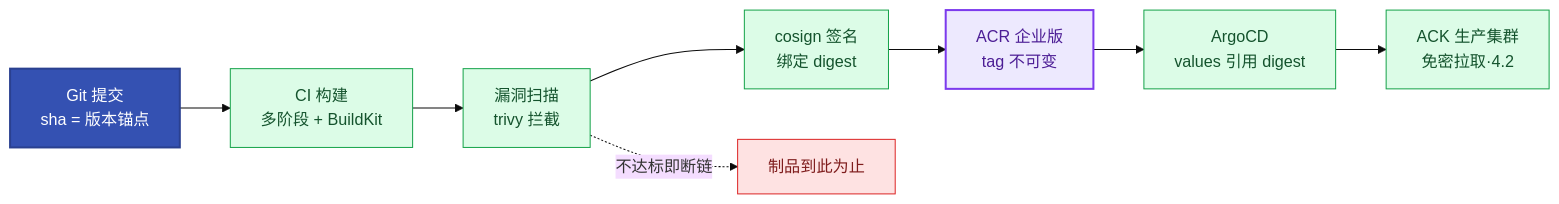
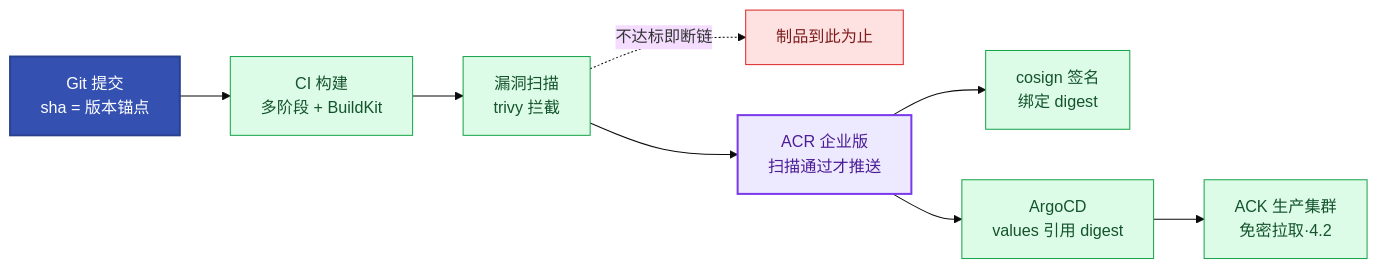
Before and after one commit to jackiesre721/ai-native-ops: the diagram in docs/02-immutable-infra-supply-chain.md, drawn with Mermaid (base theme). The commit also changed other lines of this file and 22 other files, not shown here.

````diff
--- a/docs/02-immutable-infra-supply-chain.md
+++ b/docs/02-immutable-infra-supply-chain.md
@@ -136,19 +137,19 @@
 ```mermaid
 flowchart LR
     G[Git 提交<br/>sha = 版本锚点] --> CI[CI 构建<br/>多阶段 + BuildKit]
     CI --> SC[漏洞扫描<br/>trivy 拦截]
-    SC --> SG[cosign 签名<br/>绑定 digest]
     SC -. 不达标即断链 .-> X[制品到此为止]
-    SG --> ACR[ACR 企业版<br/>tag 不可变]
+    SC --> ACR[ACR 企业版<br/>扫描通过才推送]
+    ACR --> SG[cosign 签名<br/>绑定 digest]
     ACR --> ARGO[ArgoCD<br/>values 引用 digest]
     ARGO --> K8S[ACK 生产集群<br/>免密拉取·4.2]
     classDef start fill:#3451b2,color:#fff,stroke:#2a4090,stroke-width:2px
     classDef proc fill:#dcfce7,stroke:#16a34a,color:#14532d
     classDef store fill:#ede9fe,stroke:#7c3aed,color:#4c1d95,stroke-width:2px
     classDef gate fill:#fee2e2,stroke:#dc2626,color:#7f1d1d
     class G start
     class CI,SC,SG proc
     class ACR store
     class ARGO,K8S proc
     class X gate
 ```
````
